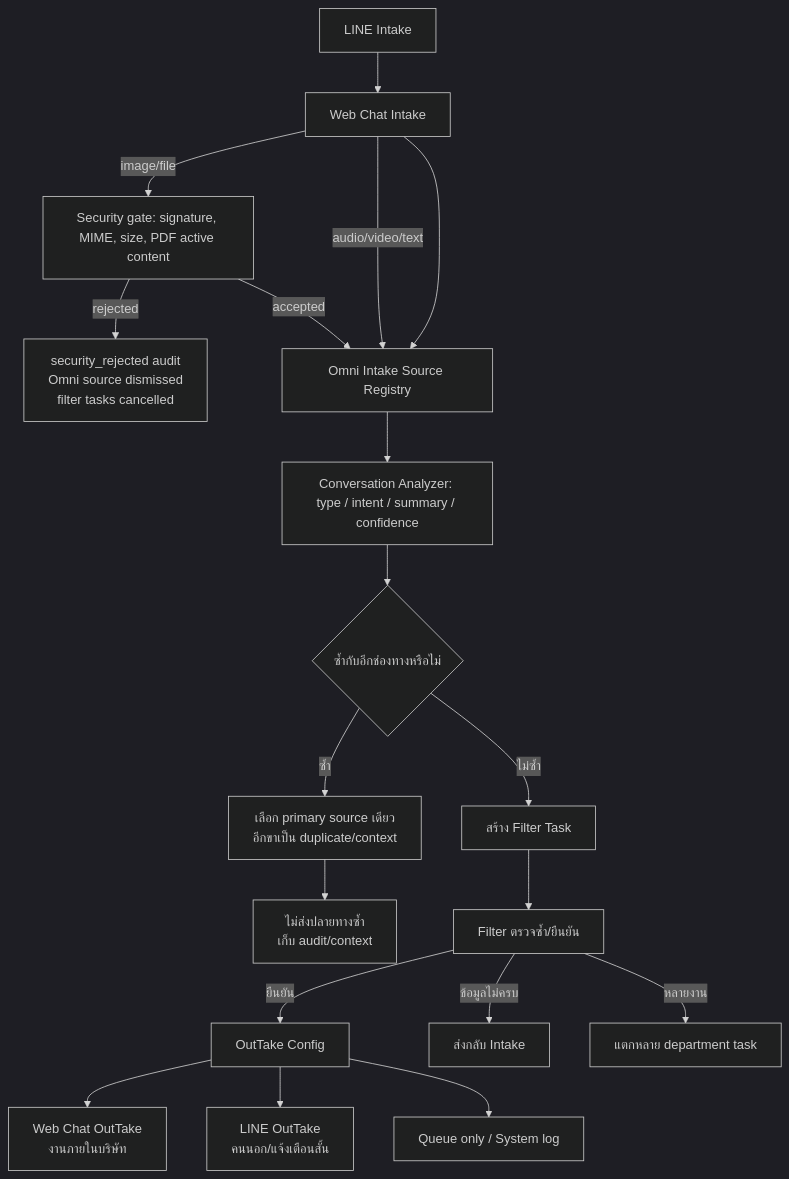
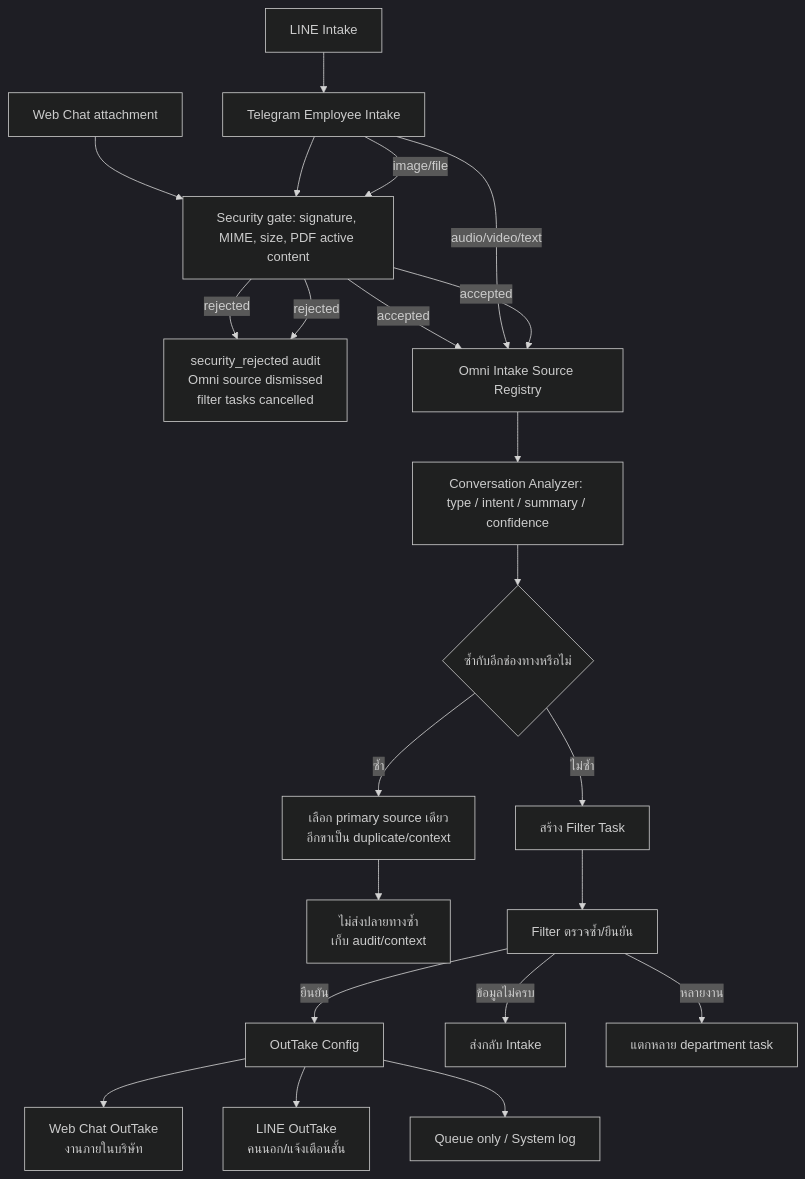
The diagram in docs/OMNI_CHANNEL_INTAKE_OUTTAKE_FLOW.md (paramonjong-afk/WisdomAI), drawn with Mermaid (dark theme) before and after one commit. The commit also changed other lines of this file and 7 other files, not shown here.

Commit message:
feat: enforce trusted chat attachment uploads

````diff
--- a/docs/OMNI_CHANNEL_INTAKE_OUTTAKE_FLOW.md
+++ b/docs/OMNI_CHANNEL_INTAKE_OUTTAKE_FLOW.md
@@ -3,21 +3,24 @@
 ```mermaid
 flowchart TD
   A[LINE Intake] --> B{Document or media?}
   B -->|image/file| S[Security gate: signature, MIME, size, PDF active content]
   S -->|rejected| R[security_rejected audit\nOmni source dismissed\nfilter tasks cancelled]
   S -->|accepted| C[Omni Intake Source Registry]
   B -->|audio/video/text| C
-  B[Web Chat Intake] --> C
+  B[Telegram Employee Intake] --> S
+  W[Web Chat attachment] --> S
+  S -->|accepted| C[Omni Intake Source Registry]
+  S -->|rejected| R
   C --> D[Conversation Analyzer: type / intent / summary / confidence]
   D --> E{ซ้ำกับอีกช่องทางหรือไม่}
   E -->|ซ้ำ| F[เลือก primary source เดียว\nอีกขาเป็น duplicate/context]
   E -->|ไม่ซ้ำ| G[สร้าง Filter Task]
   F --> H[ไม่ส่งปลายทางซ้ำ\nเก็บ audit/context]
   G --> I[Filter ตรวจซ้ำ/ยืนยัน]
   I -->|ยืนยัน| J[OutTake Config]
   I -->|ข้อมูลไม่ครบ| K[ส่งกลับ Intake]
   I -->|หลายงาน| L[แตกหลาย department task]
   J --> M[Web Chat OutTake\nงานภายในบริษัท]
   J --> N[LINE OutTake\nคนนอก/แจ้งเตือนสั้น]
   J --> O[Queue only / System log]
 ```
````
